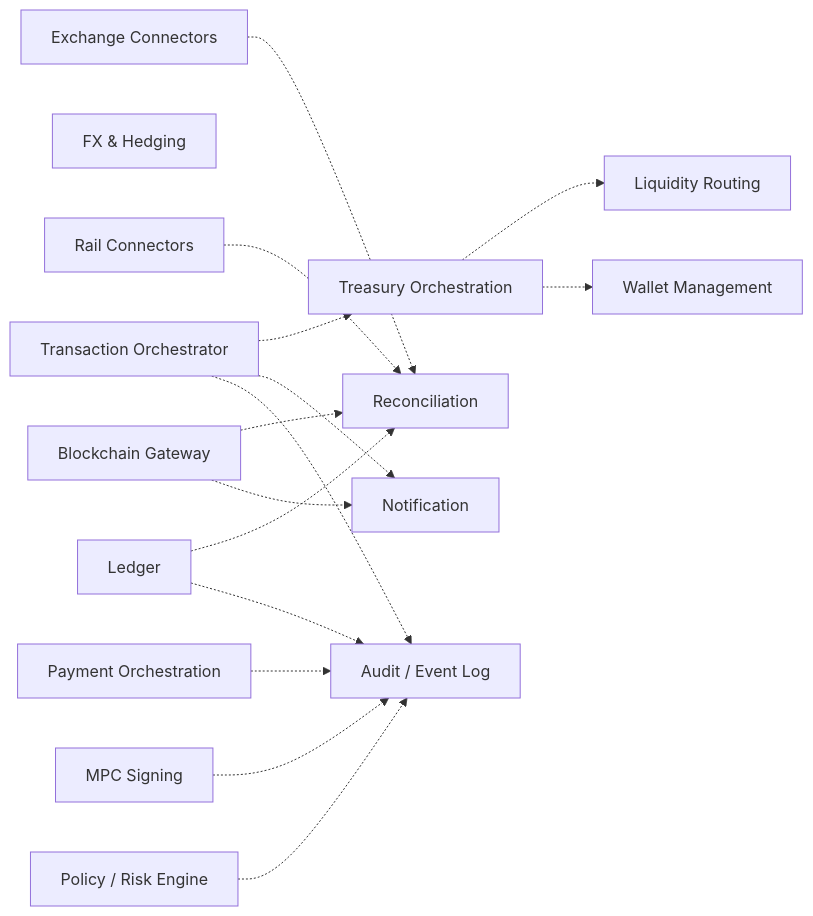
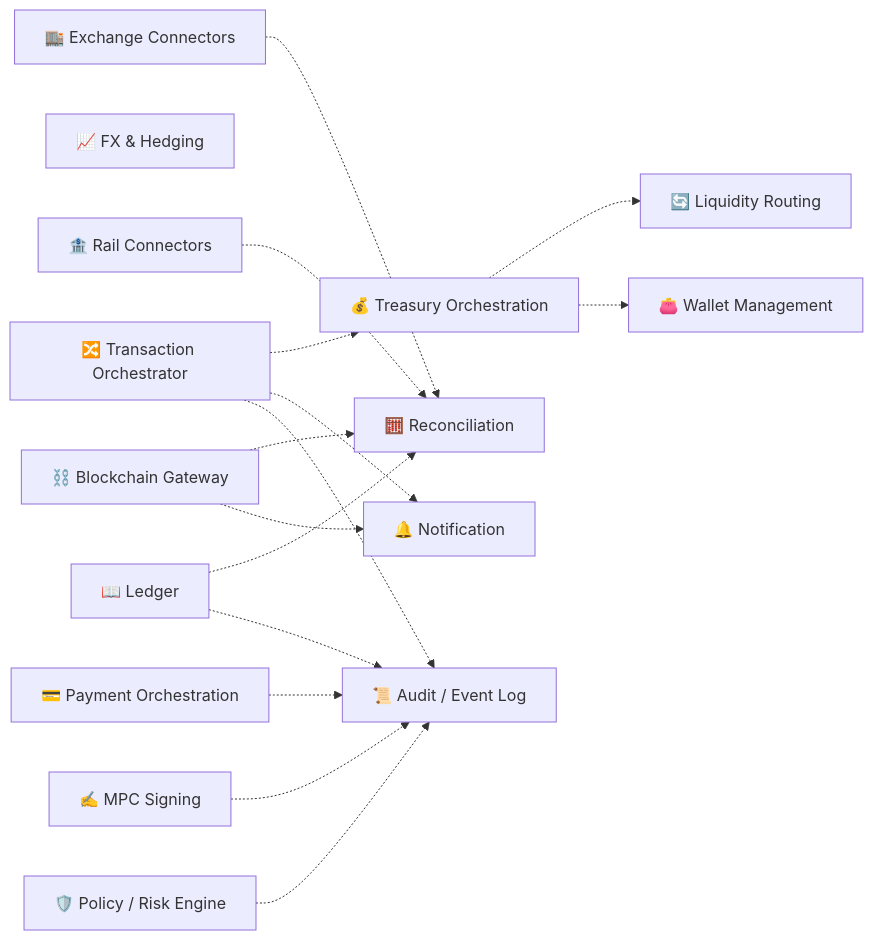
Before and after one commit to ai-crypto-onramp/.github: the second of 2 diagrams in README.md, drawn with Mermaid. The commit also changed other lines of this file, not shown here.

Commit message:
Add emojis for each service in architecture diagrams

````diff
--- a/README.md
+++ b/README.md
@@ -133,33 +133,33 @@
 ```mermaid
 flowchart LR
-    ORCH[Transaction Orchestrator]
-    TREAS[Treasury Orchestration]
-    LIQ[Liquidity Routing]
-    WALLET[Wallet Management]
-    FX[FX & Hedging]
-    LEDGER[Ledger]
-    RECON[Reconciliation]
-    EXCH[Exchange Connectors]
-    RAILS[Rail Connectors]
-    CHAIN[Blockchain Gateway]
-    NOTIF[Notification]
-    AUDIT[Audit / Event Log]
-    PAY[Payment Orchestration]
-    MPC[MPC Signing]
-    POLICY[Policy / Risk Engine]
+    ORCH[🔀 Transaction Orchestrator]
+    TREAS[💰 Treasury Orchestration]
+    LIQ[🔄 Liquidity Routing]
+    WALLET[👛 Wallet Management]
+    FX[📈 FX & Hedging]
+    LEDGER[📖 Ledger]
+    RECON[🧮 Reconciliation]
+    EXCH[🏬 Exchange Connectors]
+    RAILS[🏦 Rail Connectors]
+    CHAIN[⛓️ Blockchain Gateway]
+    NOTIF[🔔 Notification]
+    AUDIT[📜 Audit / Event Log]
+    PAY[💳 Payment Orchestration]
+    MPC[✍️ MPC Signing]
+    POLICY[🛡️ Policy / Risk Engine]
 
     ORCH -.-> TREAS
     TREAS -.-> LIQ
     TREAS -.-> WALLET
     LEDGER -.-> RECON
     EXCH -.-> RECON
     RAILS -.-> RECON
     CHAIN -.-> RECON
     ORCH -.-> NOTIF
     CHAIN -.-> NOTIF
     ORCH -.-> AUDIT
     PAY -.-> AUDIT
     MPC -.-> AUDIT
     POLICY -.-> AUDIT
     LEDGER -.-> AUDIT
 ```
````
